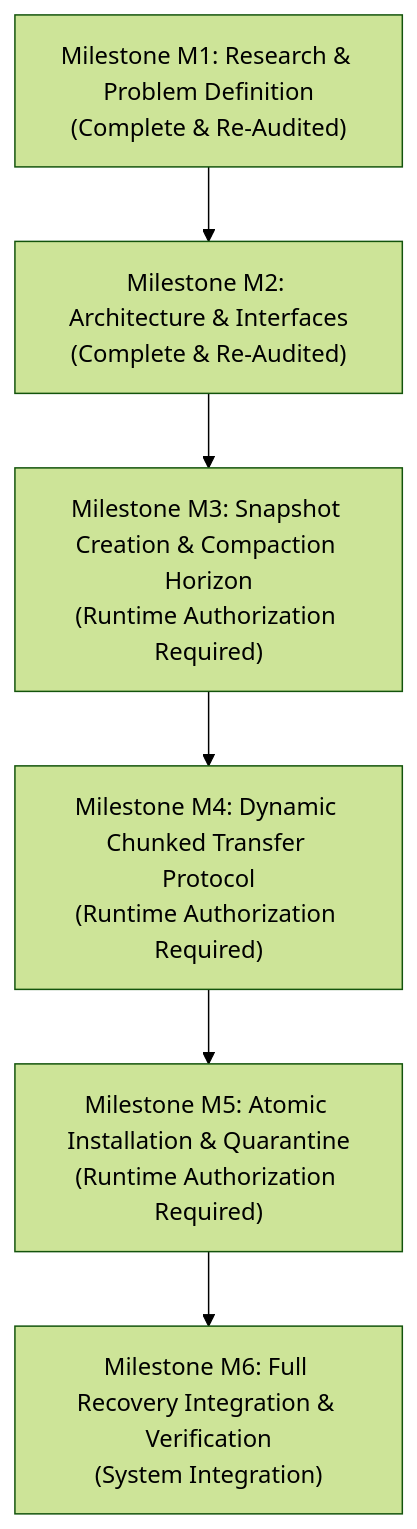
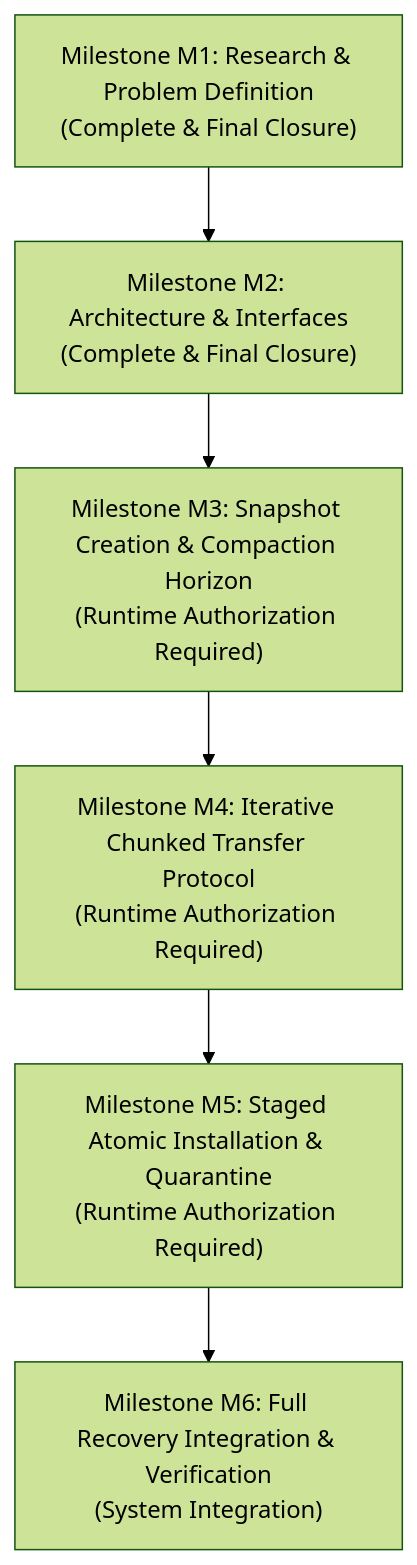
One commit to Tejdeepakchandra/SyncPlay_Protocol changed the diagram in docs/PHASE7_5_IMPLEMENTATION_ROADMAP.md. Above: the diagram before and after it, drawn with Mermaid (forest theme). The commit also changed other lines of this file and 5 other files, not shown here.

Commit message:
docs(phase-7.5): final targeted correctness closure before M3 authorization

````diff
--- a/docs/PHASE7_5_IMPLEMENTATION_ROADMAP.md
+++ b/docs/PHASE7_5_IMPLEMENTATION_ROADMAP.md
@@ -14,8 +14,8 @@
 ```mermaid
 flowchart TD
-    M1["Milestone M1: Research & Problem Definition<br/>(Complete & Re-Audited)"] --> M2["Milestone M2: Architecture & Interfaces<br/>(Complete & Re-Audited)"]
+    M1["Milestone M1: Research & Problem Definition<br/>(Complete & Final Closure)"] --> M2["Milestone M2: Architecture & Interfaces<br/>(Complete & Final Closure)"]
     M2 --> M3["Milestone M3: Snapshot Creation & Compaction Horizon<br/>(Runtime Authorization Required)"]
-    M3 --> M4["Milestone M4: Dynamic Chunked Transfer Protocol<br/>(Runtime Authorization Required)"]
-    M4 --> M5["Milestone M5: Atomic Installation & Quarantine<br/>(Runtime Authorization Required)"]
+    M3 --> M4["Milestone M4: Iterative Chunked Transfer Protocol<br/>(Runtime Authorization Required)"]
+    M4 --> M5["Milestone M5: Staged Atomic Installation & Quarantine<br/>(Runtime Authorization Required)"]
     M5 --> M6["Milestone M6: Full Recovery Integration & Verification<br/>(System Integration)"]
 ```
````
